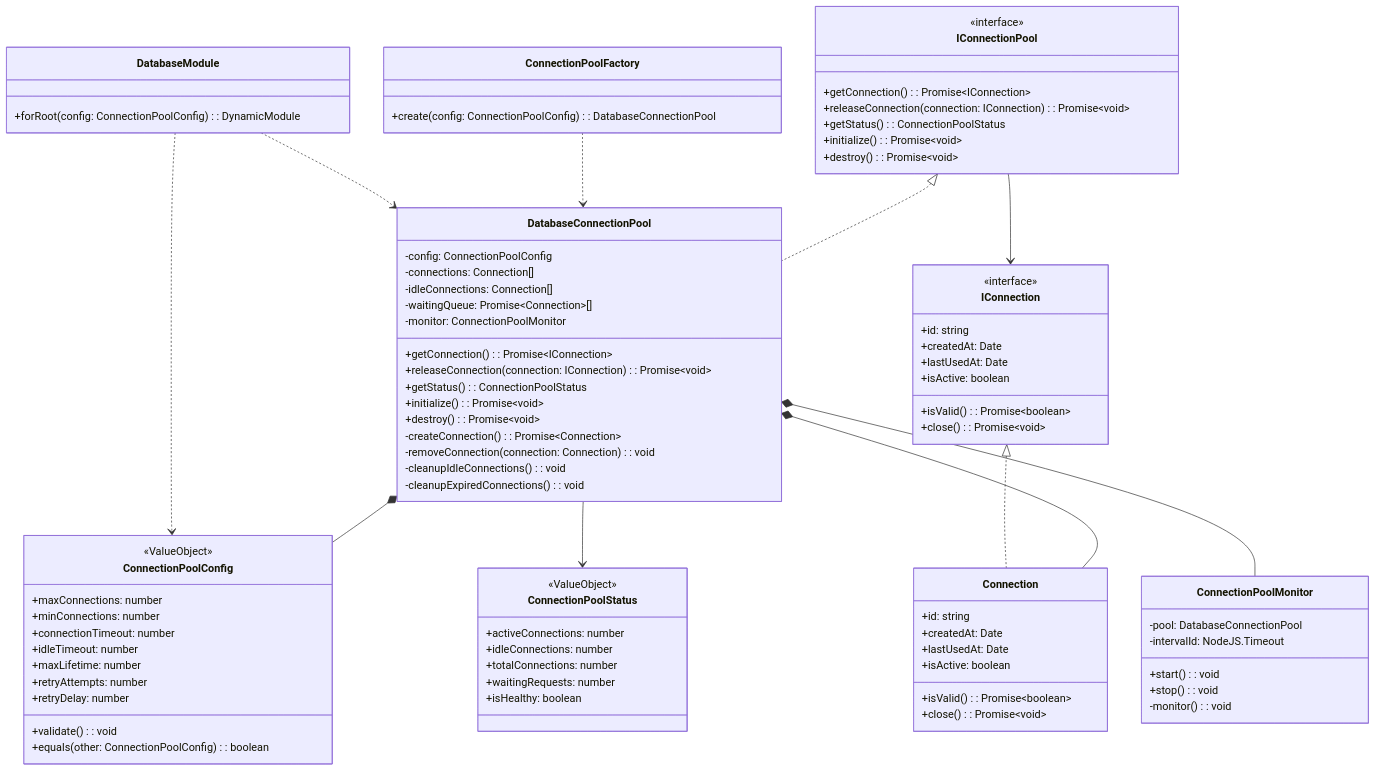
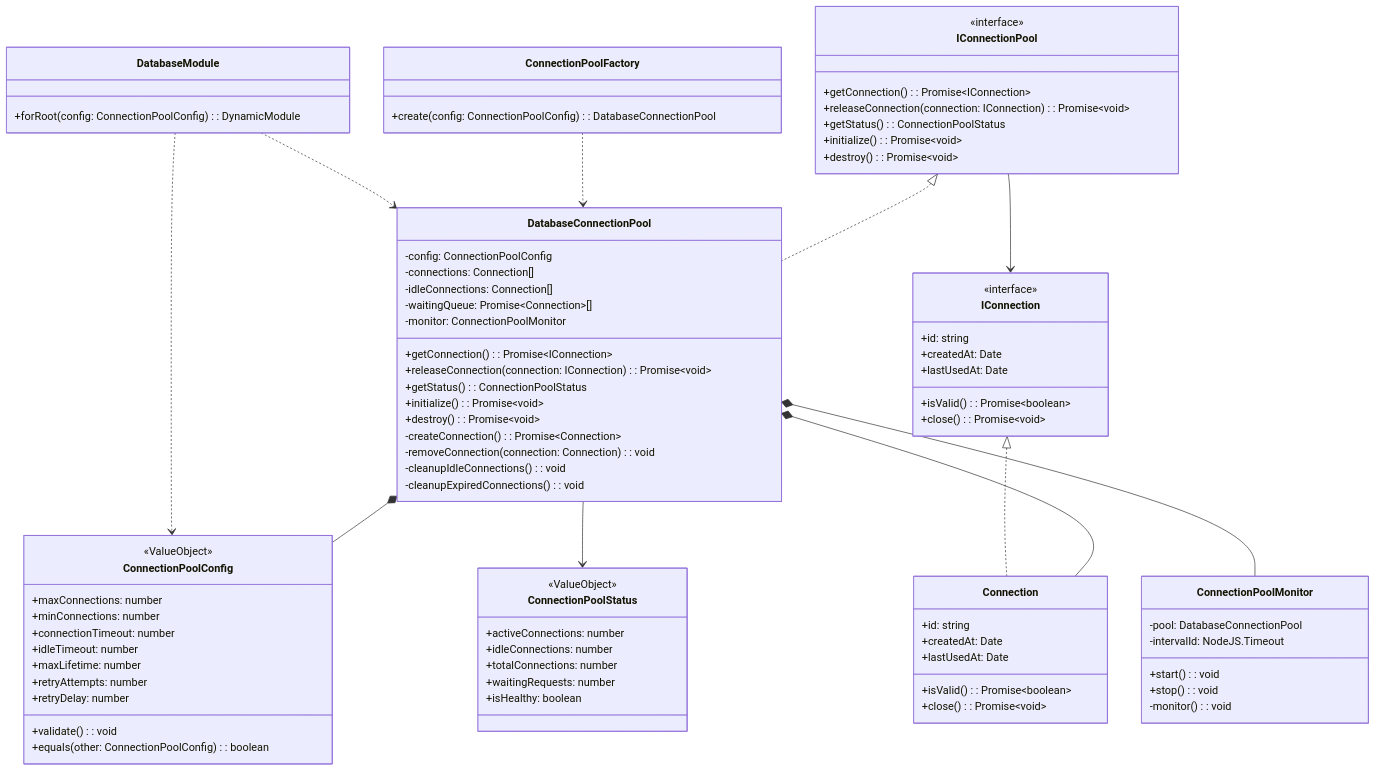
The first of 3 diagrams in docs/detailed-design/MWD-81_database-connection-pool/class-diagrams.md (kencom2400/MrWebDefence-Console), drawn with Mermaid before and after one commit. The commit also changed other lines of this file and 4 other files, not shown here.

```diff
--- a/docs/detailed-design/MWD-81_database-connection-pool/class-diagrams.md
+++ b/docs/detailed-design/MWD-81_database-connection-pool/class-diagrams.md
@@ -41,7 +41,6 @@
         +id: string
         +createdAt: Date
         +lastUsedAt: Date
-        +isActive: boolean
         +isValid(): Promise~boolean~
         +close(): Promise~void~
     }
@@ -80,7 +79,6 @@
         +id: string
         +createdAt: Date
         +lastUsedAt: Date
-        +isActive: boolean
         +isValid(): Promise~boolean~
         +close(): Promise~void~
     }
```
